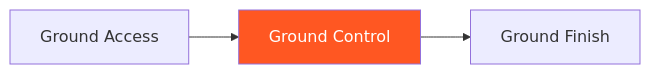
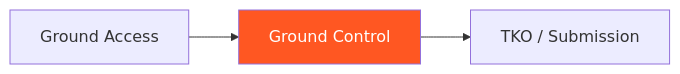
Before and after one commit to ACalienes/Ecological-MMA-Game-System: the diagram in docs/games/ground-control.md, drawn with Mermaid. The commit also changed other lines of this file and 42 other files, not shown here.

````diff
--- a/docs/games/ground-control.md
+++ b/docs/games/ground-control.md
@@ -294,7 +301,7 @@
 ```mermaid
 flowchart LR
     A[Ground Access] --> B[Ground Control]
-    B --> C[Ground Finish]
+    B --> C[TKO / Submission]
 
     style B fill:#FF5722,color:#fff
 ```
````
